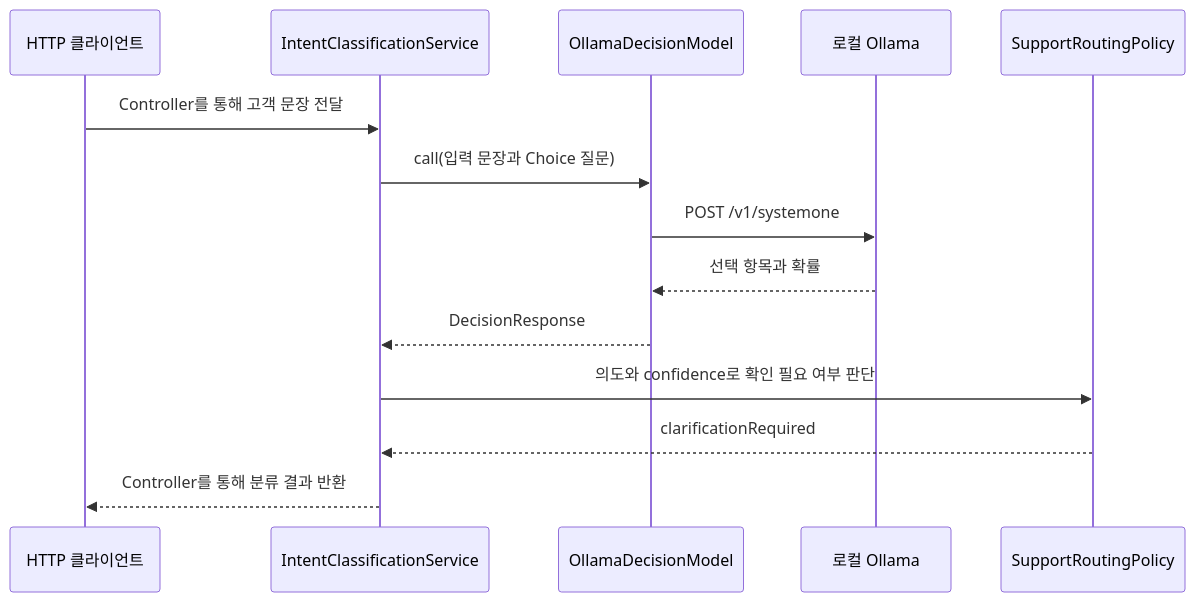
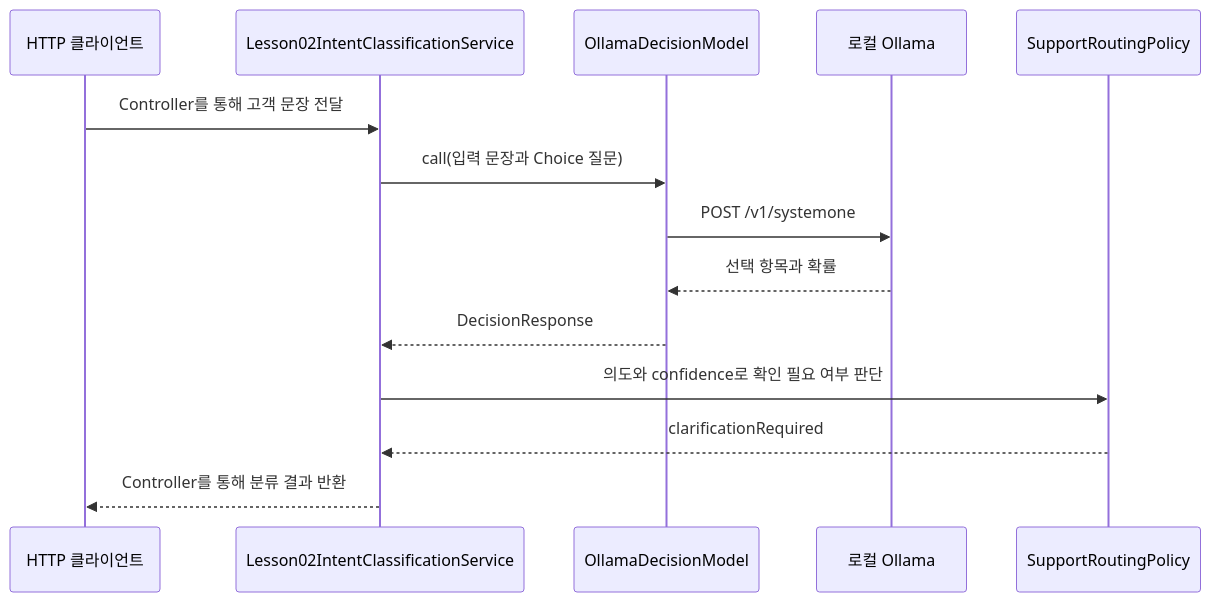
Before and after one commit to Justin-ad-Park/SpringShoppingAI: the diagram in Spring-AI-Agent-Learning/docs/lessons/15-ollama-decisions.md, drawn with Mermaid. The commit also changed other lines of this file and 248 other files, not shown here.

````diff
--- a/Spring-AI-Agent-Learning/docs/lessons/15-ollama-decisions.md
+++ b/Spring-AI-Agent-Learning/docs/lessons/15-ollama-decisions.md
@@ -80,16 +80,16 @@
 ```mermaid
 sequenceDiagram
     participant C as HTTP 클라이언트
-    participant S as IntentClassificationService
+    participant S as Lesson02IntentClassificationService
     participant D as OllamaDecisionModel
     participant O as 로컬 Ollama
     participant P as SupportRoutingPolicy
     C->>S: Controller를 통해 고객 문장 전달
     S->>D: call(입력 문장과 Choice 질문)
     D->>O: POST /v1/systemone
     O-->>D: 선택 항목과 확률
     D-->>S: DecisionResponse
     S->>P: 의도와 confidence로 확인 필요 여부 판단
     P-->>S: clarificationRequired
     S-->>C: Controller를 통해 분류 결과 반환
 ```
````
